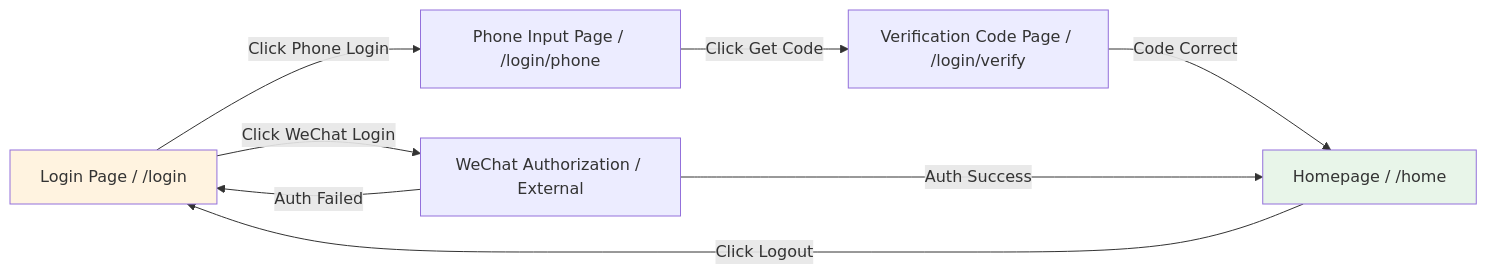
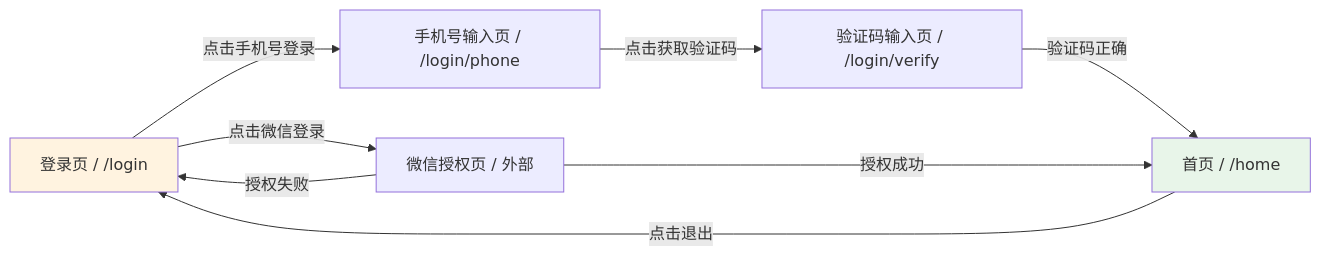
The fifth of 12 diagrams in templates/Product/Product/Template-PRD.md (Kirky-X/cangjie), drawn with Mermaid before and after one commit. The commit also changed other lines of this file and 33 other files, not shown here.

````diff
--- a/templates/Product/Product/Template-PRD.md
+++ b/templates/Product/Product/Template-PRD.md
@@ -255,13 +255,13 @@
 ```mermaid
 flowchart LR
-    A[Login Page / /login] -->|Click Phone Login| B[Phone Input Page / /login/phone]
-    B -->|Click Get Code| C[Verification Code Page / /login/verify]
-    C -->|Code Correct| D[Homepage / /home]
-    A -->|Click WeChat Login| E[WeChat Authorization / External]
-    E -->|Auth Success| D
-    E -->|Auth Failed| A
-    D -->|Click Logout| A
+    A[登录页 / /login] -->|点击手机号登录| B[手机号输入页 / /login/phone]
+    B -->|点击获取验证码| C[验证码输入页 / /login/verify]
+    C -->|验证码正确| D[首页 / /home]
+    A -->|点击微信登录| E[微信授权页 / 外部]
+    E -->|授权成功| D
+    E -->|授权失败| A
+    D -->|点击退出| A
 
     style A fill:#fff3e0
     style D fill:#e8f5e9
 ```
````
